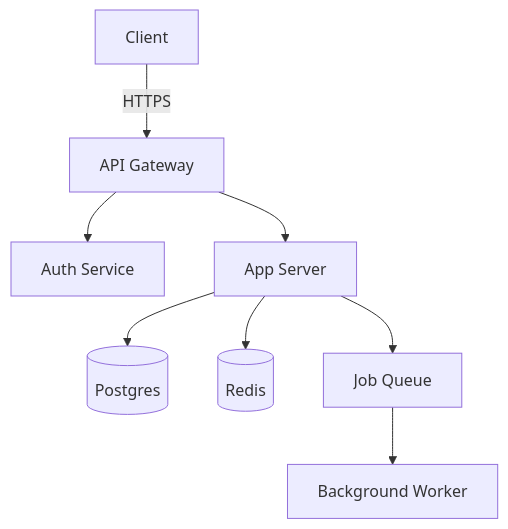
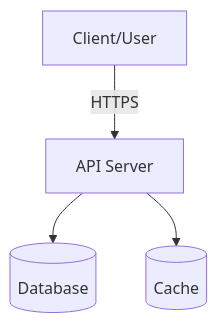
The first of 2 diagrams in SKILL.md (Shrinidhikulkarni7/repo-scaffold), drawn with Mermaid before and after one commit. The commit also changed other lines of this file and 2 other files, not shown here.

````diff
--- a/SKILL.md
+++ b/SKILL.md
@@ -188,10 +273,11 @@
 ```mermaid
 graph TB
-    Client -->|HTTPS| API[API Gateway]
-    API --> Auth[Auth Service]
-    API --> App[App Server]
-    App --> DB[(Postgres)]
-    App --> Cache[(Redis)]
-    App --> Queue[Job Queue]
-    Queue --> Worker[Background Worker]
+    Client[Client/User]
+    API[API Server]
+    DB[(Database)]
+    Cache[(Cache)]
+    
+    Client -->|HTTPS| API
+    API --> DB
+    API --> Cache
 ```
````
